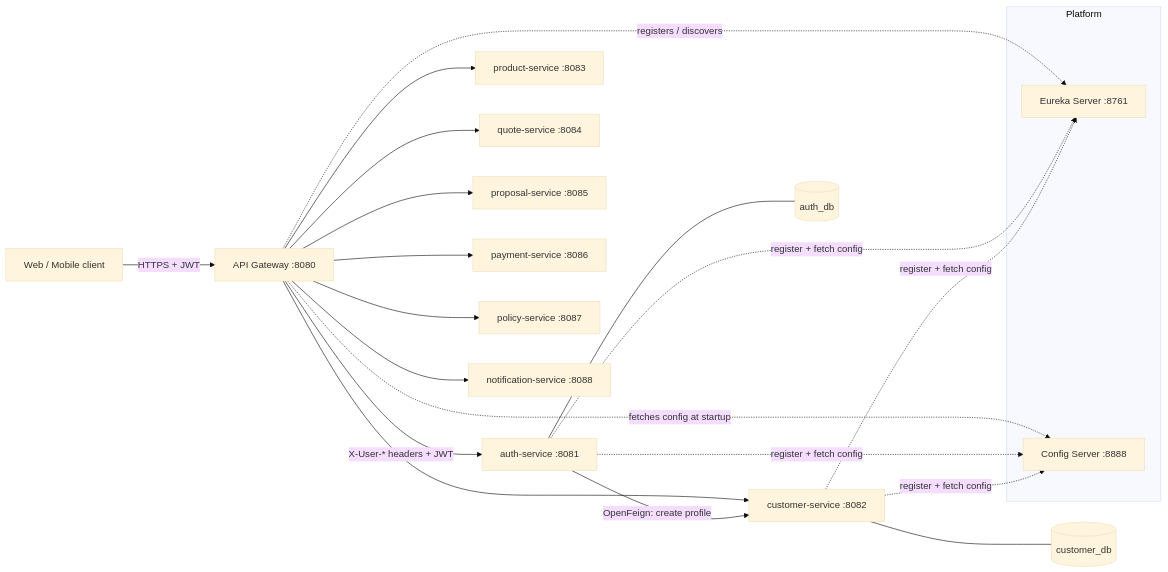
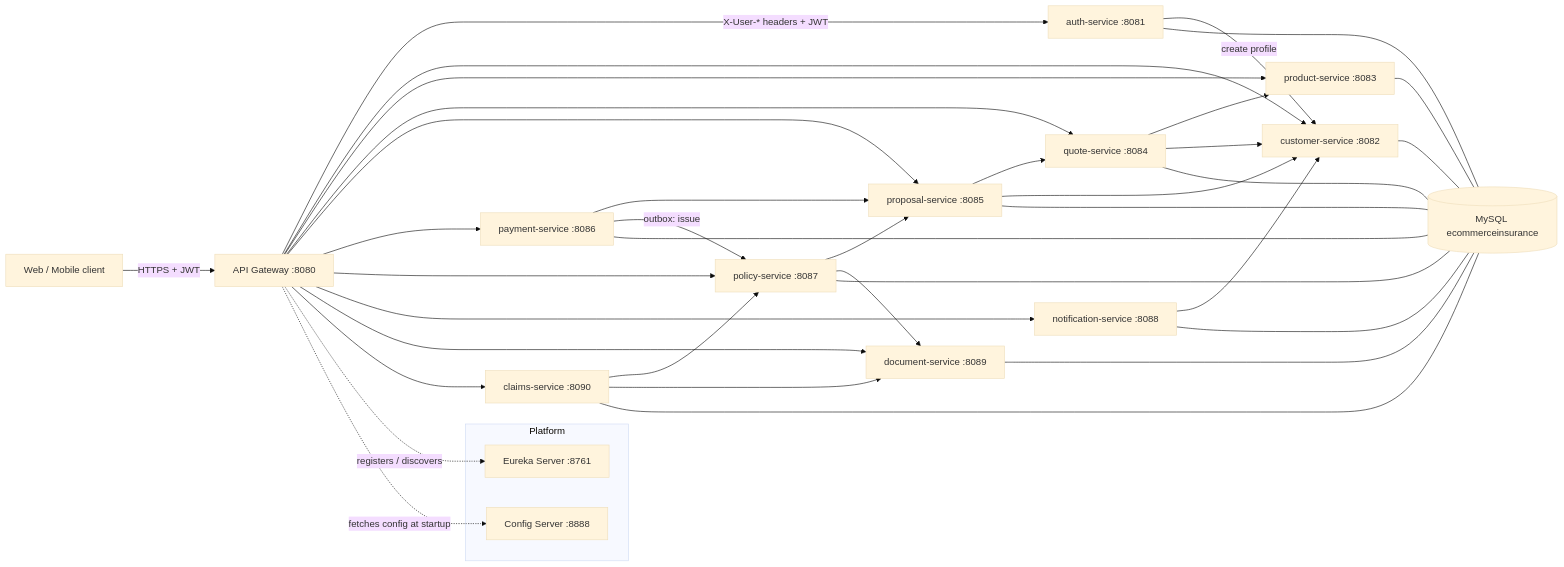
Before and after one commit to sathyarajramar-bit/sathyaraj_insurance: the diagram in README.md, drawn with Mermaid (base theme). The commit also changed other lines of this file and 23 other files, not shown here.

````diff
--- a/README.md
+++ b/README.md
@@ -27,23 +30,30 @@
 ```mermaid
 flowchart LR
     Client[Web / Mobile client] -->|HTTPS + JWT| GW[API Gateway :8080]
     GW -->|X-User-* headers + JWT| AUTH[auth-service :8081]
     GW --> CUST[customer-service :8082]
     GW --> PROD[product-service :8083]
     GW --> QUOTE[quote-service :8084]
     GW --> PROP[proposal-service :8085]
     GW --> PAY[payment-service :8086]
     GW --> POL[policy-service :8087]
     GW --> NOTIF[notification-service :8088]
-    AUTH -->|OpenFeign: create profile| CUST
-    AUTH --- ADB[(auth_db)]
-    CUST --- CDB[(customer_db)]
+    GW --> DOC[document-service :8089]
+    GW --> CLAIM[claims-service :8090]
+    AUTH -->|create profile| CUST
+    QUOTE --> PROD & CUST
+    PROP --> QUOTE & CUST
+    PAY --> PROP
+    PAY -->|outbox: issue| POL
+    POL --> PROP & DOC
+    CLAIM --> POL & DOC
+    NOTIF --> CUST
+    AUTH & CUST & PROD & QUOTE & PROP & PAY & POL & CLAIM & DOC & NOTIF --- DB[(MySQL ecommerceinsurance)]
 
     subgraph Platform
         EUREKA[Eureka Server :8761]
         CONFIG[Config Server :8888]
     end
     GW -. registers / discovers .-> EUREKA
     GW -. fetches config at startup .-> CONFIG
-    AUTH & CUST -. register + fetch config .-> EUREKA & CONFIG
 ```
````
